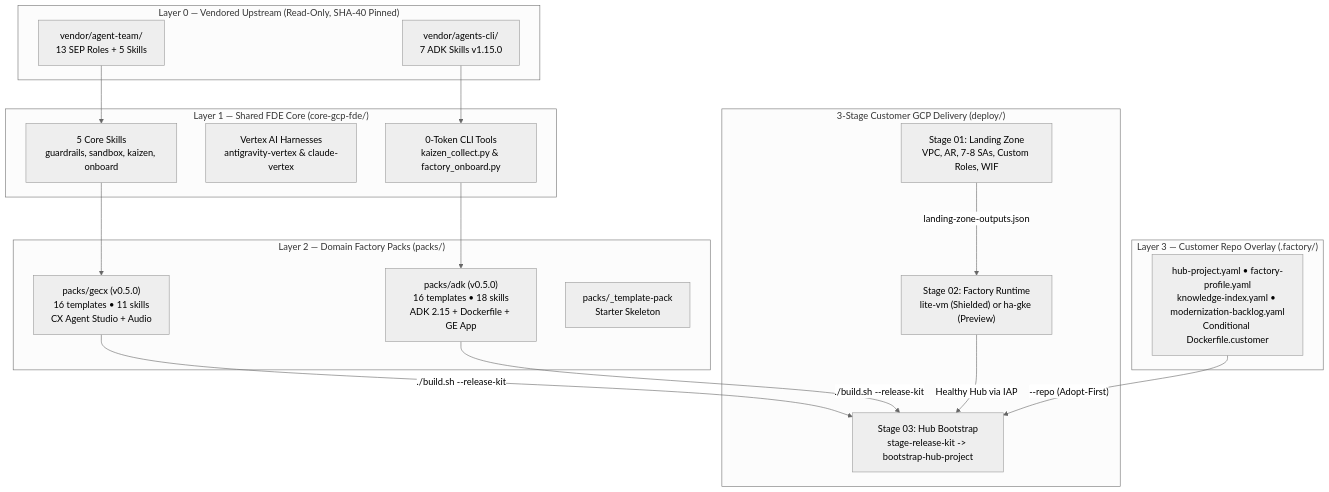
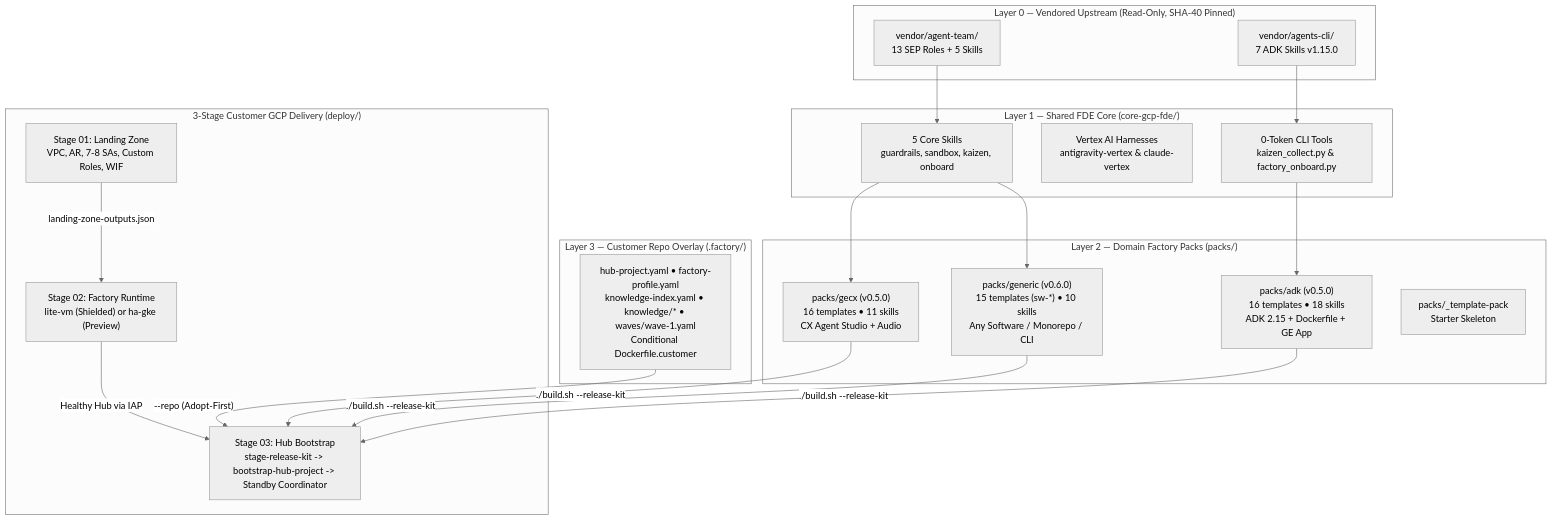
The first of 2 diagrams in README.md (carlosmscabral/gcp-fde-factories), drawn with Mermaid (neutral theme) before and after one commit. The commit also changed other lines of this file and 64 other files, not shown here.

````diff
--- a/README.md
+++ b/README.md
@@ -13,39 +13,42 @@
 ```mermaid
 flowchart TB
     subgraph L0["Layer 0 — Vendored Upstream (Read-Only, SHA-40 Pinned)"]
         SEP["vendor/agent-team/<br/>13 SEP Roles + 5 Skills"]
         AGCLI["vendor/agents-cli/<br/>7 ADK Skills v1.15.0"]
     end
 
     subgraph L1["Layer 1 — Shared FDE Core (core-gcp-fde/)"]
         CORE_SK["5 Core Skills<br/>guardrails, sandbox, kaizen, onboard"]
         CORE_HC["Vertex AI Harnesses<br/>antigravity-vertex & claude-vertex"]
         CORE_TOOLS["0-Token CLI Tools<br/>kaizen_collect.py & factory_onboard.py"]
     end
 
     subgraph L2["Layer 2 — Domain Factory Packs (packs/)"]
         GECX["packs/gecx (v0.5.0)<br/>16 templates • 11 skills<br/>CX Agent Studio + Audio"]
         ADK["packs/adk (v0.5.0)<br/>16 templates • 18 skills<br/>ADK 2.15 + Dockerfile + GE App"]
+        GEN["packs/generic (v0.6.0)<br/>15 templates (sw-*) • 10 skills<br/>Any Software / Monorepo / CLI"]
         TPL["packs/_template-pack<br/>Starter Skeleton"]
     end
 
     subgraph L3["Layer 3 — Customer Repo Overlay (.factory/)"]
-        OV["hub-project.yaml • factory-profile.yaml<br/>knowledge-index.yaml • modernization-backlog.yaml<br/>Conditional Dockerfile.customer"]
+        OV["hub-project.yaml • factory-profile.yaml<br/>knowledge-index.yaml • knowledge/* • waves/wave-1.yaml<br/>Conditional Dockerfile.customer"]
     end
 
     subgraph DELIV["3-Stage Customer GCP Delivery (deploy/)"]
         S1["Stage 01: Landing Zone<br/>VPC, AR, 7-8 SAs, Custom Roles, WIF"]
         S2["Stage 02: Factory Runtime<br/>lite-vm (Shielded) or ha-gke (Preview)"]
-        S3["Stage 03: Hub Bootstrap<br/>stage-release-kit -> bootstrap-hub-project"]
+        S3["Stage 03: Hub Bootstrap<br/>stage-release-kit -> bootstrap-hub-project -> Standby Coordinator"]
     end
 
     SEP --> CORE_SK
     AGCLI --> CORE_TOOLS
     CORE_SK --> GECX
     CORE_TOOLS --> ADK
+    CORE_SK --> GEN
     GECX -->|"./build.sh --release-kit"| S3
     ADK -->|"./build.sh --release-kit"| S3
+    GEN -->|"./build.sh --release-kit"| S3
     S1 -->|"landing-zone-outputs.json"| S2
     S2 -->|"Healthy Hub via IAP"| S3
     OV -->|"--repo (Adopt-First)"| S3
 ```
````
